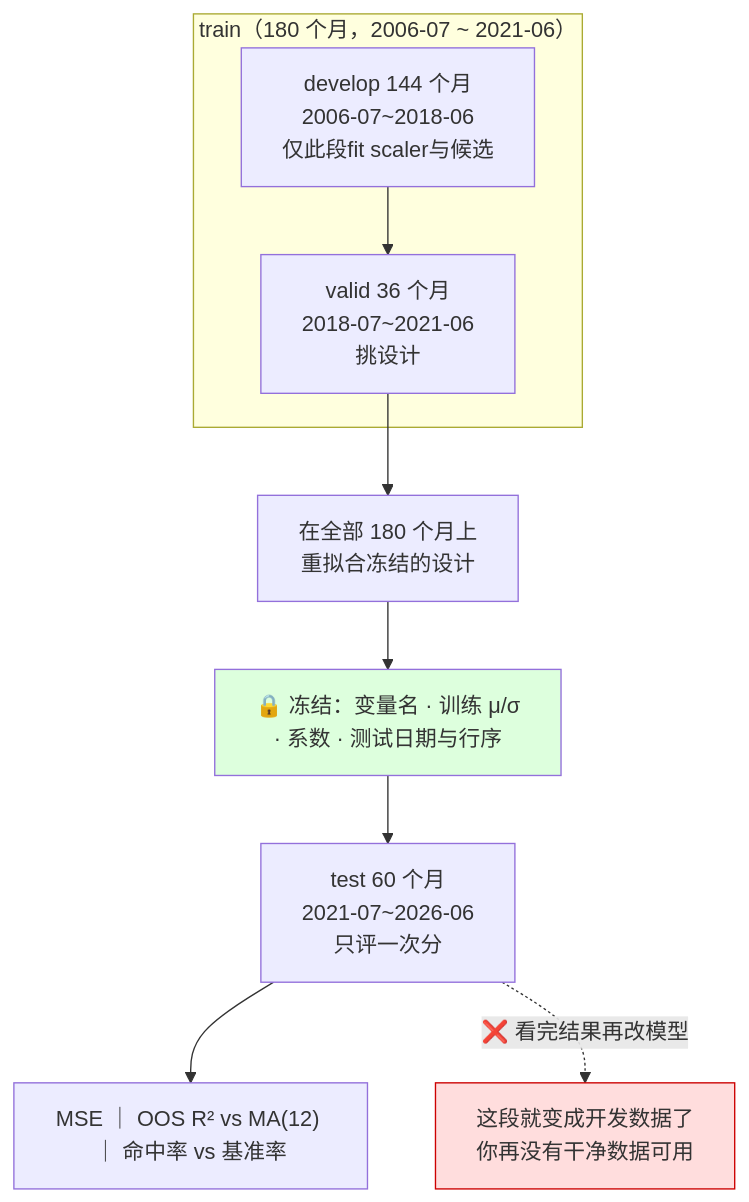
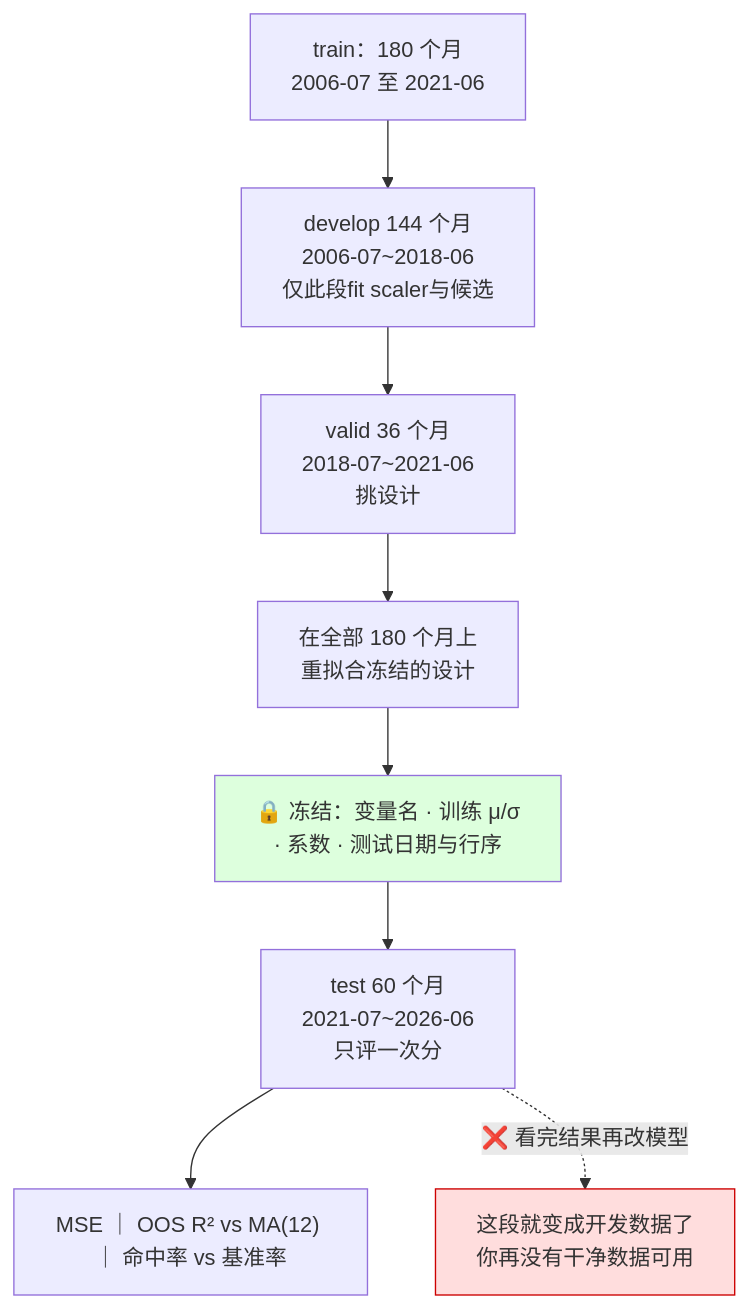
One commit to CercaTrovato/cityu-ai-course-notes changed the fifth of 5 diagrams in EF5560_Fintech_and_AI_in_Finance/notes/M02-回归与样本外设计.md. Above: the diagram before and after it, drawn with Mermaid. The commit also changed other lines of this file and 224 other files, not shown here.

First line of the commit message:
完善五门课图文可读性并更新仓库首页

````diff
--- a/EF5560_Fintech_and_AI_in_Finance/notes/M02-回归与样本外设计.md
+++ b/EF5560_Fintech_and_AI_in_Finance/notes/M02-回归与样本外设计.md
@@ -1360,13 +1927,23 @@
 ```mermaid
 flowchart TD
-    subgraph TR["train（180 个月，2006-07 ~ 2021-06）"]
-      D["develop 144 个月<br/>2006-07~2018-06<br/>仅此段fit scaler与候选"] --> V["valid 36 个月<br/>2018-07~2021-06<br/>挑设计"]
-    end
-    V --> R["在全部 180 个月上<br/>重拟合冻结的设计"]
-    R --> F["🔒 冻结：变量名 · 训练 μ/σ<br/>· 系数 · 测试日期与行序"]
-    F --> T["test 60 个月<br/>2021-07~2026-06<br/>只评一次分"]
+    A["train：180 个月
+2006-07 至 2021-06"]
+    A --> D
+      D["develop 144 个月
+2006-07~2018-06
+仅此段fit scaler与候选"] --> V["valid 36 个月
+2018-07~2021-06
+挑设计"]
+    V --> R["在全部 180 个月上
+重拟合冻结的设计"]
+    R --> F["🔒 冻结：变量名 · 训练 μ/σ
+· 系数 · 测试日期与行序"]
+    F --> T["test 60 个月
+2021-07~2026-06
+只评一次分"]
     T --> S["MSE ｜ OOS R² vs MA(12) ｜ 命中率 vs 基准率"]
-    T -.->|"❌ 看完结果再改模型"| Z["这段就变成开发数据了<br/>你再没有干净数据可用"]
+    T -.->|"❌ 看完结果再改模型"| Z["这段就变成开发数据了
+你再没有干净数据可用"]
     style F fill:#dfd
     style Z fill:#fdd,stroke:#c00
 ```
````
